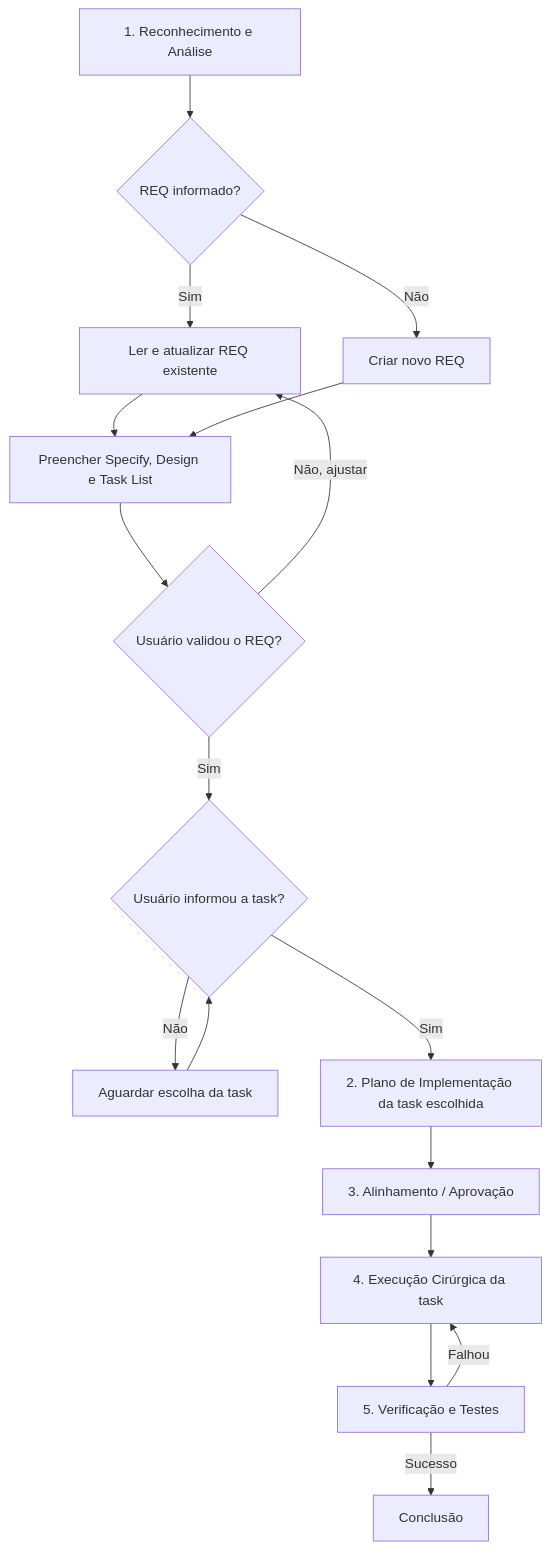
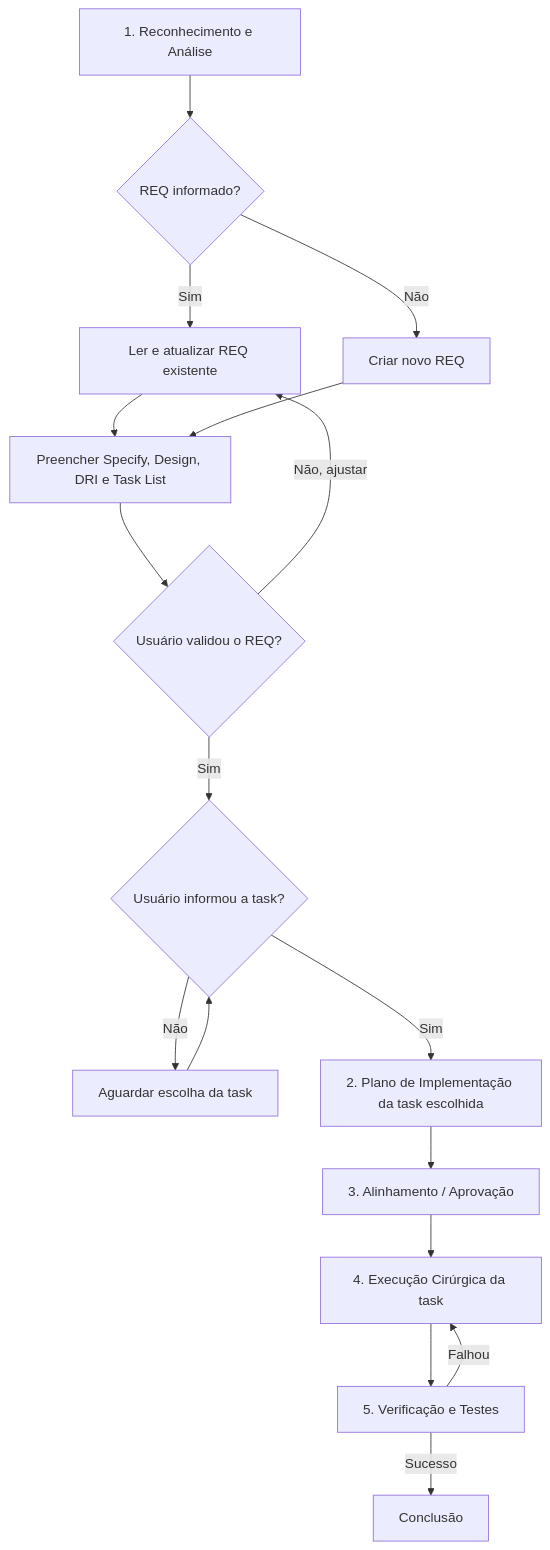
Before and after one commit to builttech/okestre-final: the diagram in GPT_INSTRUCTIONS.md, drawn with Mermaid. The commit also changed other lines of this file and 3 other files, not shown here.

````diff
--- a/GPT_INSTRUCTIONS.md
+++ b/GPT_INSTRUCTIONS.md
@@ -23,19 +23,19 @@
 ```mermaid
 graph TD
     A["1. Reconhecimento e Análise"] --> B{"REQ informado?"}
     B -->|"Sim"| C["Ler e atualizar REQ existente"]
     B -->|"Não"| D["Criar novo REQ"]
-    C --> E["Preencher Specify, Design e Task List"]
+    C --> E["Preencher Specify, Design, DRI e Task List"]
     D --> E
     E --> F{"Usuário validou o REQ?"}
     F -->|"Não, ajustar"| C
     F -->|"Sim"| G{"Usuário informou a task?"}
     G -->|"Não"| H["Aguardar escolha da task"]
     H --> G
     G -->|"Sim"| I["2. Plano de Implementação da task escolhida"]
     I --> J["3. Alinhamento / Aprovação"]
     J --> K["4. Execução Cirúrgica da task"]
     K --> L["5. Verificação e Testes"]
     L -->|"Falhou"| K
     L -->|"Sucesso"| M["Conclusão"]
 ```
````
